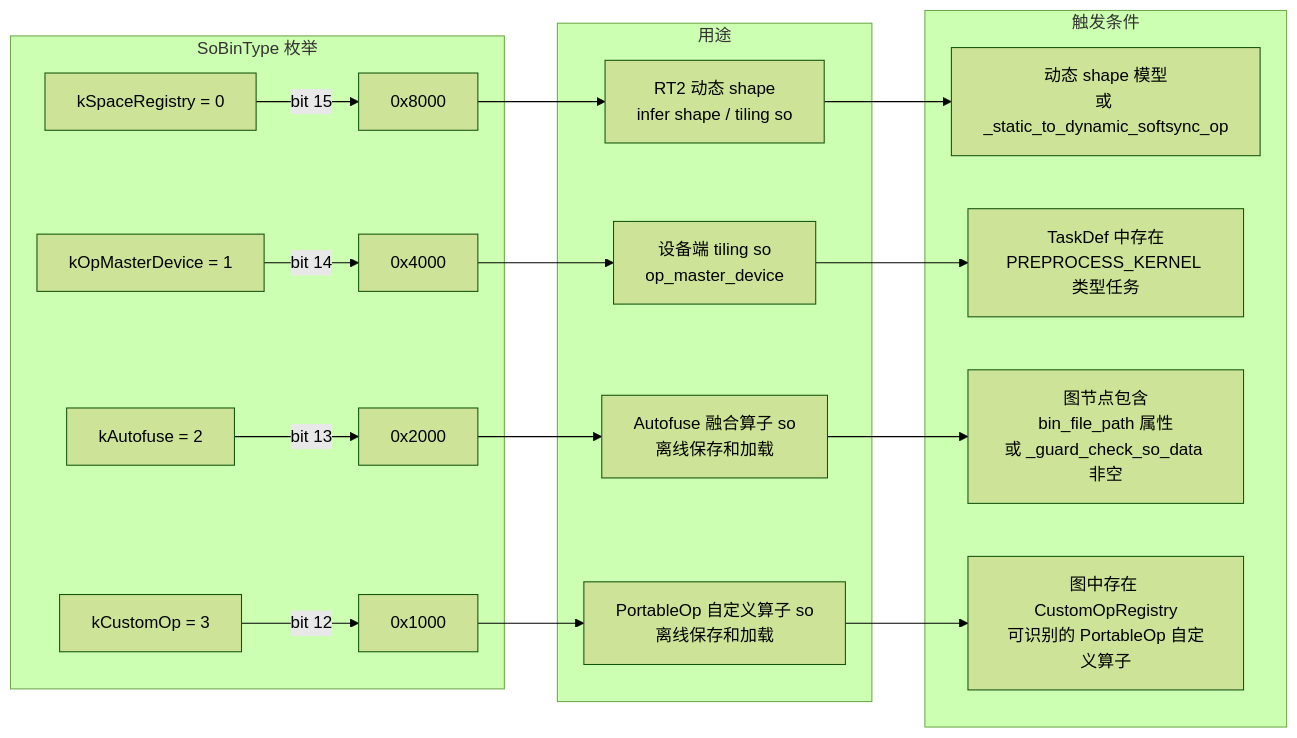
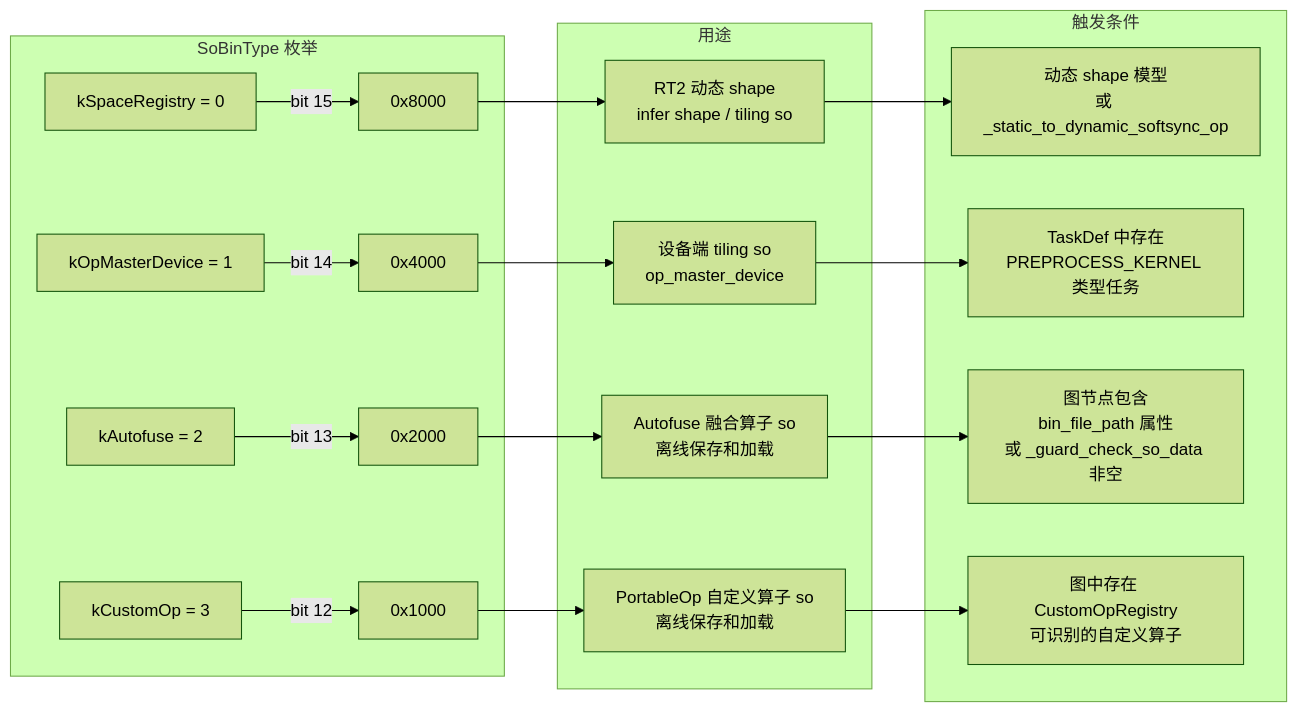
One commit to hicann/ge changed the second of 2 diagrams in docs/zh/design/features/so_in_om.md. Above: the diagram before and after it, drawn with Mermaid (forest theme). The commit also changed other lines of this file and 24 other files, not shown here.

````diff
--- a/docs/zh/design/features/so_in_om.md
+++ b/docs/zh/design/features/so_in_om.md
@@ -84,23 +84,23 @@
 ```mermaid
 graph LR
     subgraph "SoBinType 枚举"
         A[kSpaceRegistry = 0] -->|bit 15| B[0x8000]
         C[kOpMasterDevice = 1] -->|bit 14| D[0x4000]
         E[kAutofuse = 2] -->|bit 13| F[0x2000]
         E2[kCustomOp = 3] -->|bit 12| F2[0x1000]
     end
 
     subgraph "用途"
         B --> G[RT2 动态 shape<br/>infer shape / tiling so]
         D --> H[设备端 tiling so<br/>op_master_device]
         F --> I[Autofuse 融合算子 so<br/>离线保存和加载]
         F2 --> I2[PortableOp 自定义算子 so<br/>离线保存和加载]
     end
 
     subgraph "触发条件"
         G --> J[动态 shape 模型<br/>或 _static_to_dynamic_softsync_op]
         H --> K[TaskDef 中存在<br/>PREPROCESS_KERNEL 类型任务]
         I --> L[图节点包含<br/>bin_file_path 属性<br/>或 _guard_check_so_data 非空]
-        I2 --> L2[图中存在 CustomOpRegistry<br/>可识别的 PortableOp 自定义算子]
+        I2 --> L2[图中存在 CustomOpRegistry<br/>可识别的自定义算子]
     end
 ```
````
